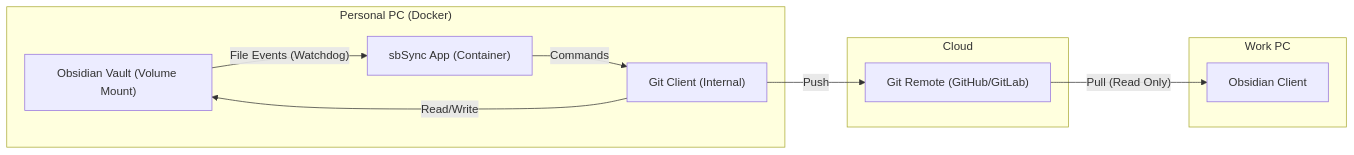
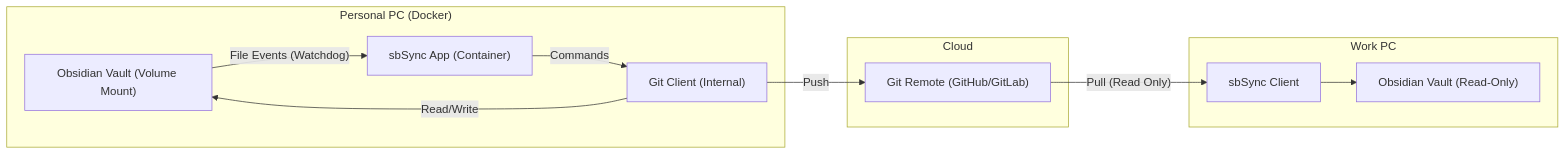
One commit to sbbae0318/sbsync changed the diagram in server/md/architecture.md. Above: the diagram before and after it, drawn with Mermaid. The commit also changed other lines of this file and 5 other files, not shown here.

````diff
--- a/server/md/architecture.md
+++ b/server/md/architecture.md
@@ -8,23 +10,25 @@
 ```mermaid
 graph LR
     subgraph Personal PC ["Personal PC (Docker)"]
         Vault["Obsidian Vault (Volume Mount)"]
         sbSync["sbSync App (Container)"]
         Git["Git Client (Internal)"]
         
         Vault -- "File Events (Watchdog)" --> sbSync
         sbSync -- "Commands" --> Git
         Git -- "Read/Write" --> Vault
     end
     
     subgraph Cloud
         GitRemote["Git Remote (GitHub/GitLab)"]
     end
     
     subgraph Work PC
-        WorkClient["Obsidian Client"]
+        ClientApp["sbSync Client"]
+        WorkVault["Obsidian Vault (Read-Only)"]
     end
 
     Git -- "Push" --> GitRemote
-    GitRemote -- "Pull (Read Only)" --> WorkClient
+    GitRemote -- "Pull (Read Only)" --> ClientApp
+    ClientApp --> WorkVault
 ```
````
